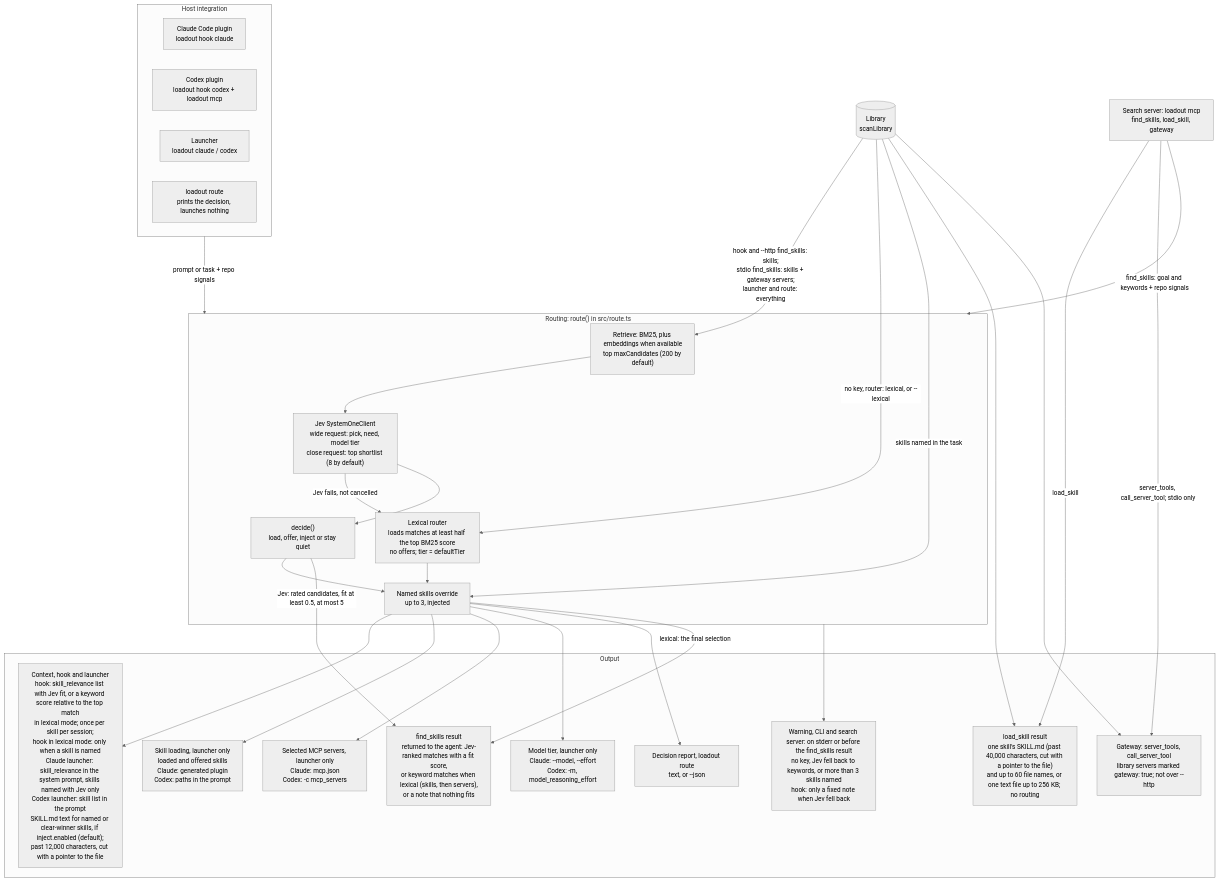
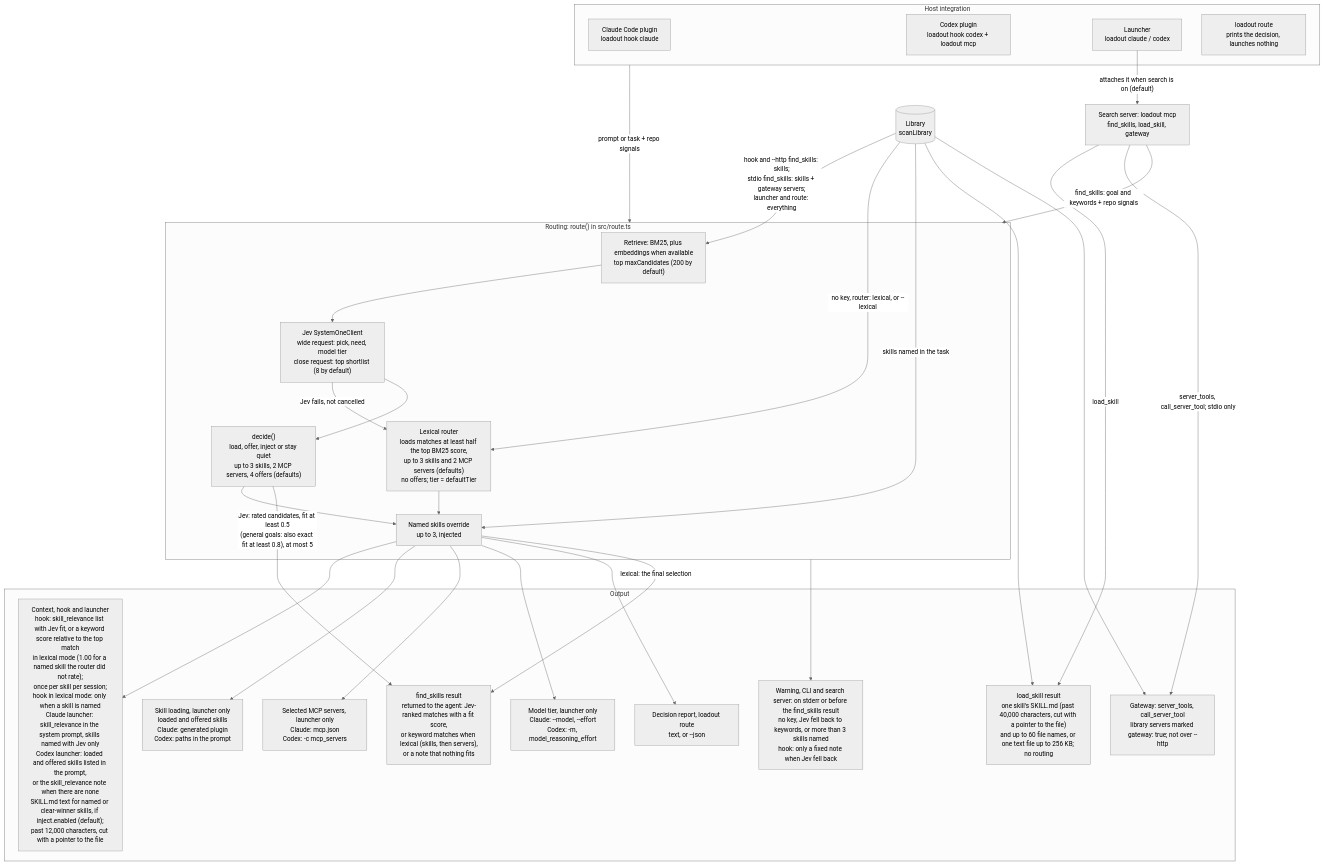
The diagram in DESIGN.md (erik-hedstrom/loadout), drawn with Mermaid (neutral theme) before and after one commit. The commit also changed other lines of this file, not shown here.

Commit message:
E6: routing caps, search attachment, exact-fit gate and Codex prompt branches in the diagram
Codex round 15: the router and lexical boxes now state the default caps
(3 skills, 2 MCP servers, 4 offers), the launcher edge says it attaches
the search server when search is on, the fit edge names the 0.8 exact-fit
gate for general goals, the Codex launcher box names both prompt branches,
and the hook line names the synthetic 1.00 score for a named skill.

Claude-Session: https://claude.ai/code/session_01HuyR49tfEGYja23caRY2JK

````diff
--- a/DESIGN.md
+++ b/DESIGN.md
@@ -29,56 +29,57 @@
 ```mermaid
 flowchart TB
     subgraph host["Host integration"]
         CH["Claude Code plugin<br/>loadout hook claude"]
         XH["Codex plugin<br/>loadout hook codex + loadout mcp"]
         LA["Launcher<br/>loadout claude / codex"]
         RT["loadout route<br/>prints the decision, launches nothing"]
     end
 
     MS["Search server: loadout mcp<br/>find_skills, load_skill, gateway"]
 
     LIB[("Library<br/>scanLibrary")]
 
     subgraph routing["Routing: route() in src/route.ts"]
         RET["Retrieve: BM25, plus embeddings when available<br/>top maxCandidates (200 by default)"]
         JEV["Jev SystemOneClient<br/>wide request: pick, need, model tier<br/>close request: top shortlist (8 by default)"]
-        DEC["decide()<br/>load, offer, inject or stay quiet"]
-        LEX["Lexical router<br/>loads matches at least half the top BM25 score<br/>no offers; tier = defaultTier"]
+        DEC["decide()<br/>load, offer, inject or stay quiet<br/>up to 3 skills, 2 MCP servers, 4 offers (defaults)"]
+        LEX["Lexical router<br/>loads matches at least half the top BM25 score,<br/>up to 3 skills and 2 MCP servers (defaults)<br/>no offers; tier = defaultTier"]
         MEN["Named skills override<br/>up to 3, injected"]
         RET --> JEV
         JEV -->|"Jev fails, not cancelled"| LEX
         JEV --> DEC
         DEC --> MEN
         LEX --> MEN
     end
 
     subgraph out["Output"]
-        CTX["Context, hook and launcher<br/>hook: skill_relevance list with Jev fit, or a keyword score relative to the top match<br/>in lexical mode; once per skill per session;<br/>hook in lexical mode: only when a skill is named<br/>Claude launcher: skill_relevance in the system prompt, skills named with Jev only<br/>Codex launcher: skill list in the prompt<br/>SKILL.md text for named or clear-winner skills, if inject.enabled (default);<br/>past 12,000 characters, cut with a pointer to the file"]
+        CTX["Context, hook and launcher<br/>hook: skill_relevance list with Jev fit, or a keyword score relative to the top match<br/>in lexical mode (1.00 for a named skill the router did not rate);<br/>once per skill per session;<br/>hook in lexical mode: only when a skill is named<br/>Claude launcher: skill_relevance in the system prompt, skills named with Jev only<br/>Codex launcher: loaded and offered skills listed in the prompt,<br/>or the skill_relevance note when there are none<br/>SKILL.md text for named or clear-winner skills, if inject.enabled (default);<br/>past 12,000 characters, cut with a pointer to the file"]
         SKL["Skill loading, launcher only<br/>loaded and offered skills<br/>Claude: generated plugin<br/>Codex: paths in the prompt"]
         MCPS["Selected MCP servers, launcher only<br/>Claude: mcp.json<br/>Codex: -c mcp_servers"]
         TIER["Model tier, launcher only<br/>Claude: --model, --effort<br/>Codex: -m, model_reasoning_effort"]
         FSR["find_skills result<br/>returned to the agent: Jev-ranked matches with a fit score,<br/>or keyword matches when lexical (skills, then servers),<br/>or a note that nothing fits"]
         LS["load_skill result<br/>one skill's SKILL.md (past 40,000 characters, cut with a pointer to the file)<br/>and up to 60 file names, or one text file up to 256 KB; no routing"]
         GW["Gateway: server_tools, call_server_tool<br/>library servers marked gateway: true; not over --http"]
         WARN["Warning, CLI and search server: on stderr or before the find_skills result<br/>no key, Jev fell back to keywords, or more than 3 skills named<br/>hook: only a fixed note when Jev fell back"]
         DR["Decision report, loadout route<br/>text, or --json"]
     end
 
     host -->|"prompt or task + repo signals"| routing
+    LA -->|"attaches it when search is on (default)"| MS
     MS -->|"find_skills: goal and keywords + repo signals"| routing
     MS -->|"load_skill"| LS
     MS -->|"server_tools, call_server_tool; stdio only"| GW
     LIB -->|"hook and --http find_skills: skills;<br/>stdio find_skills: skills + gateway servers;<br/>launcher and route: everything"| RET
     LIB -->|"no key, router: lexical, or --lexical"| LEX
     LIB -->|"skills named in the task"| MEN
     LIB --> LS
     LIB --> GW
     MEN --> CTX
     MEN --> SKL
     MEN --> MCPS
     MEN --> TIER
     MEN --> DR
-    DEC -->|"Jev: rated candidates, fit at least 0.5, at most 5"| FSR
+    DEC -->|"Jev: rated candidates, fit at least 0.5<br/>(general goals: also exact fit at least 0.8), at most 5"| FSR
     MEN -->|"lexical: the final selection"| FSR
     routing --> WARN
 ```
````
